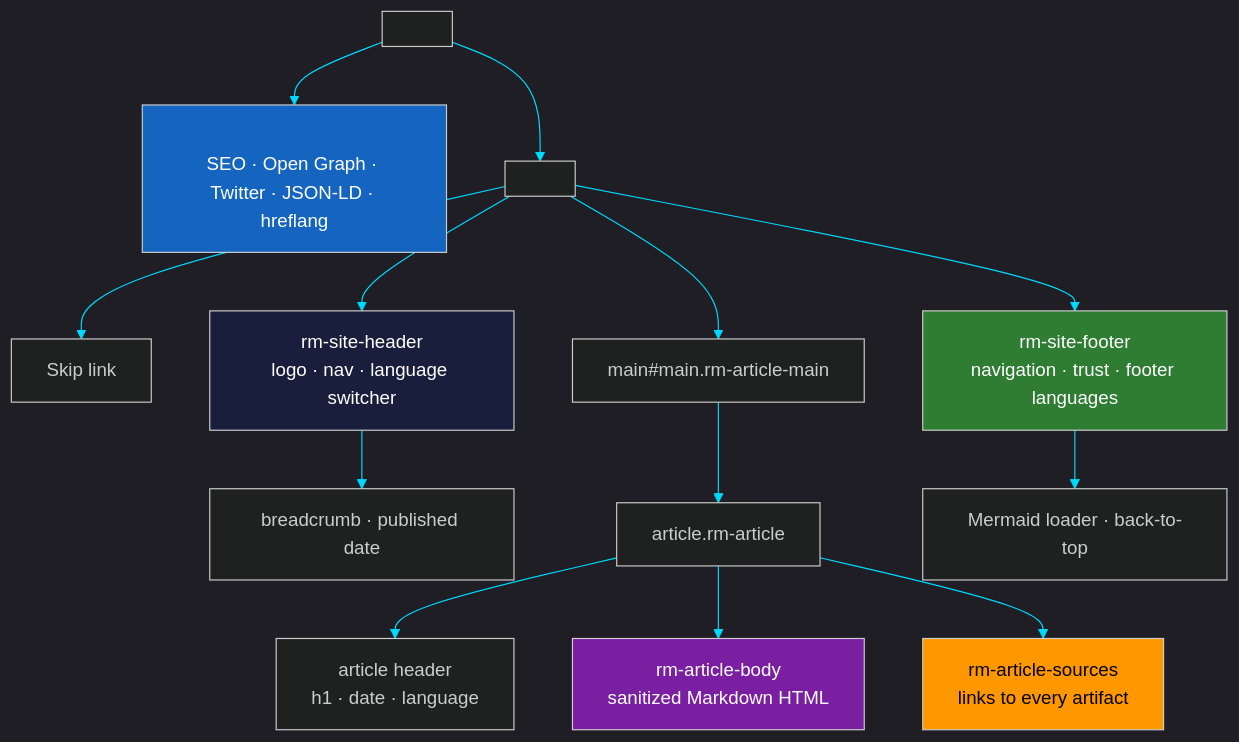
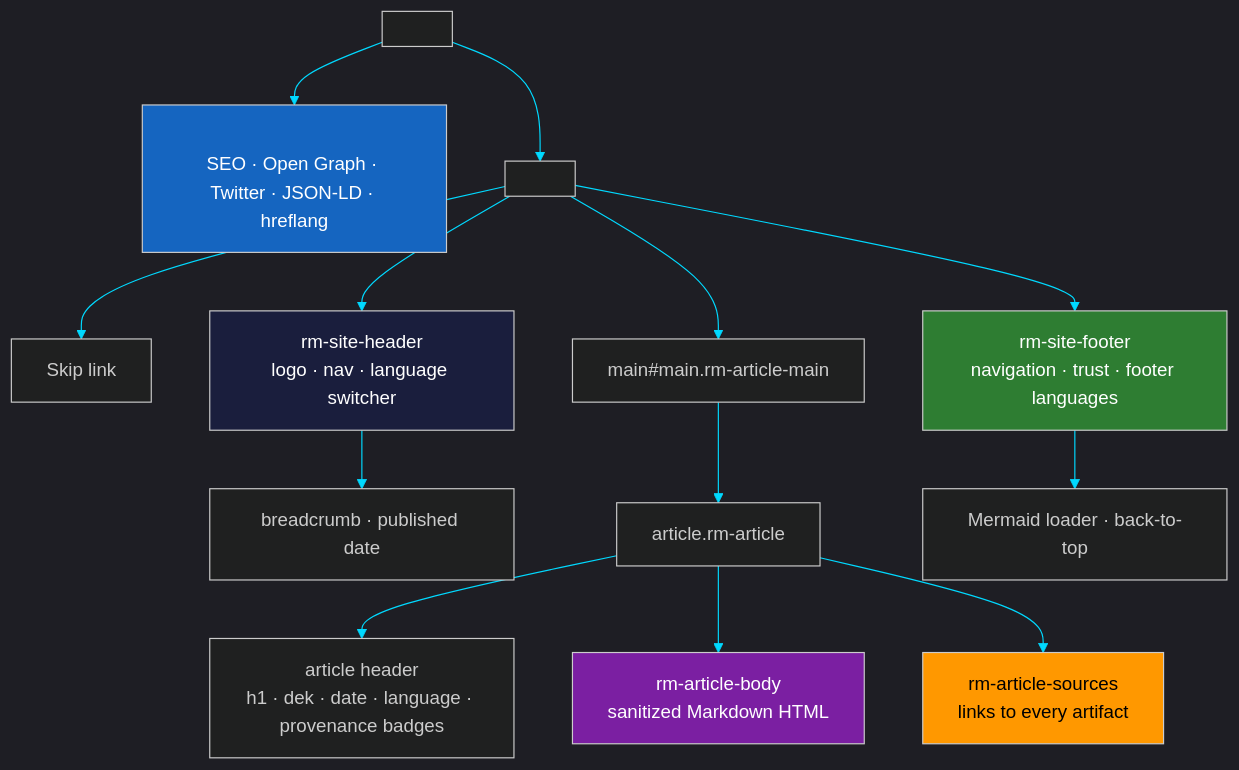
Before and after one commit to Hack23/riksdagsmonitor: the fourth of 6 diagrams in Article-Generation.md, drawn with Mermaid. The commit also changed other lines of this file and 7 other files, not shown here.

````diff
--- a/Article-Generation.md
+++ b/Article-Generation.md
@@ -554,22 +558,22 @@
 ```mermaid
 %%{init: {"theme":"dark","themeVariables":{"primaryColor":"#1565C0","primaryTextColor":"#ffffff","primaryBorderColor":"#0A3F7F","lineColor":"#00D9FF","secondaryColor":"#7B1FA2","secondaryTextColor":"#ffffff","tertiaryColor":"#2E7D32","tertiaryTextColor":"#ffffff","fontFamily":"Inter, Helvetica, Arial, sans-serif"}}}%%
 flowchart TB
     HTML["<!DOCTYPE html>"] --> HEAD["<head><br/>SEO · Open Graph · Twitter · JSON-LD · hreflang"]
     HTML --> BODY["<body class='rm-article-body'>"]
     BODY --> SKIP["Skip link"]
     BODY --> HEADER["rm-site-header<br/>logo · nav · language switcher"]
     HEADER --> SUBNAV["breadcrumb · published date"]
     BODY --> MAIN["main#main.rm-article-main"]
     MAIN --> ARTICLE["article.rm-article"]
-    ARTICLE --> ARTICLEHEAD["article header<br/>h1 · date · language"]
+    ARTICLE --> ARTICLEHEAD["article header<br/>h1 · dek · date · language · provenance badges"]
     ARTICLE --> CONTENT["rm-article-body<br/>sanitized Markdown HTML"]
     ARTICLE --> SOURCES["rm-article-sources<br/>links to every artifact"]
     BODY --> FOOTER["rm-site-footer<br/>navigation · trust · footer languages"]
     FOOTER --> SCRIPTS["Mermaid loader · back-to-top"]
 
     style HEAD fill:#1565C0,color:#ffffff
     style HEADER fill:#1A1E3D,color:#ffffff
     style CONTENT fill:#7B1FA2,color:#ffffff
     style SOURCES fill:#FF9800,color:#000000
     style FOOTER fill:#2E7D32,color:#ffffff
 ```
````
